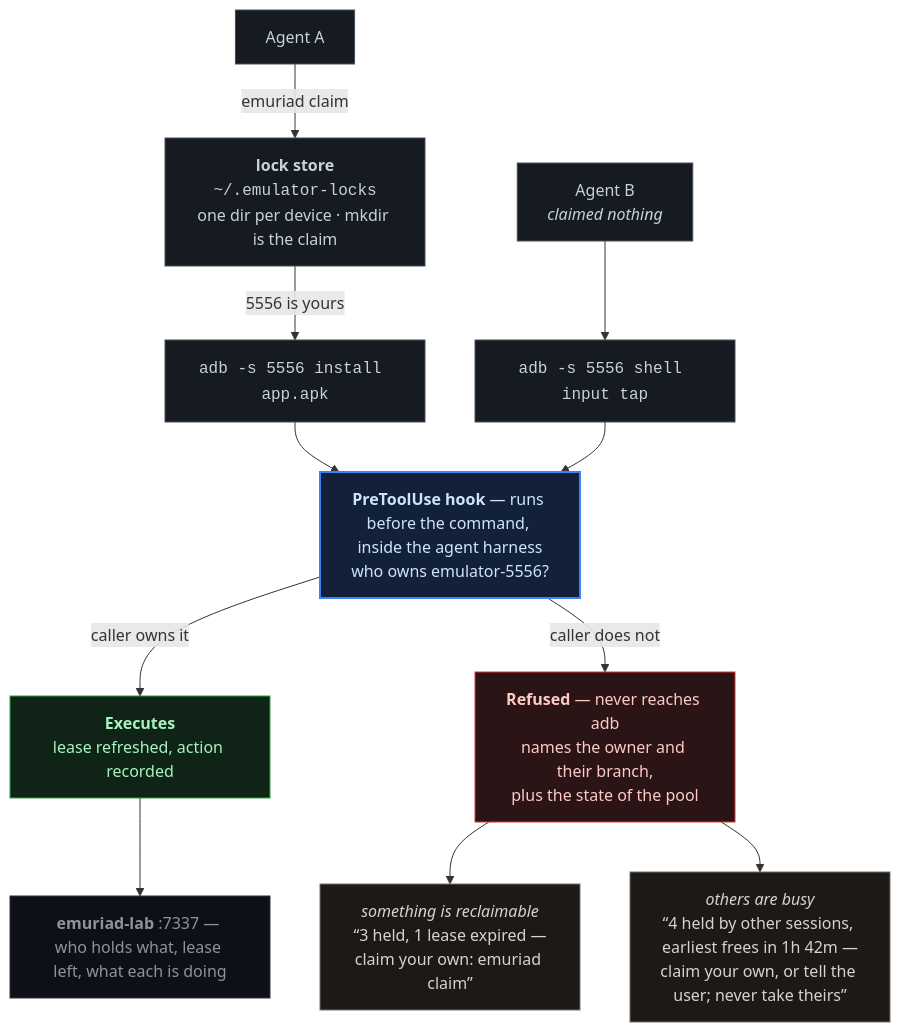
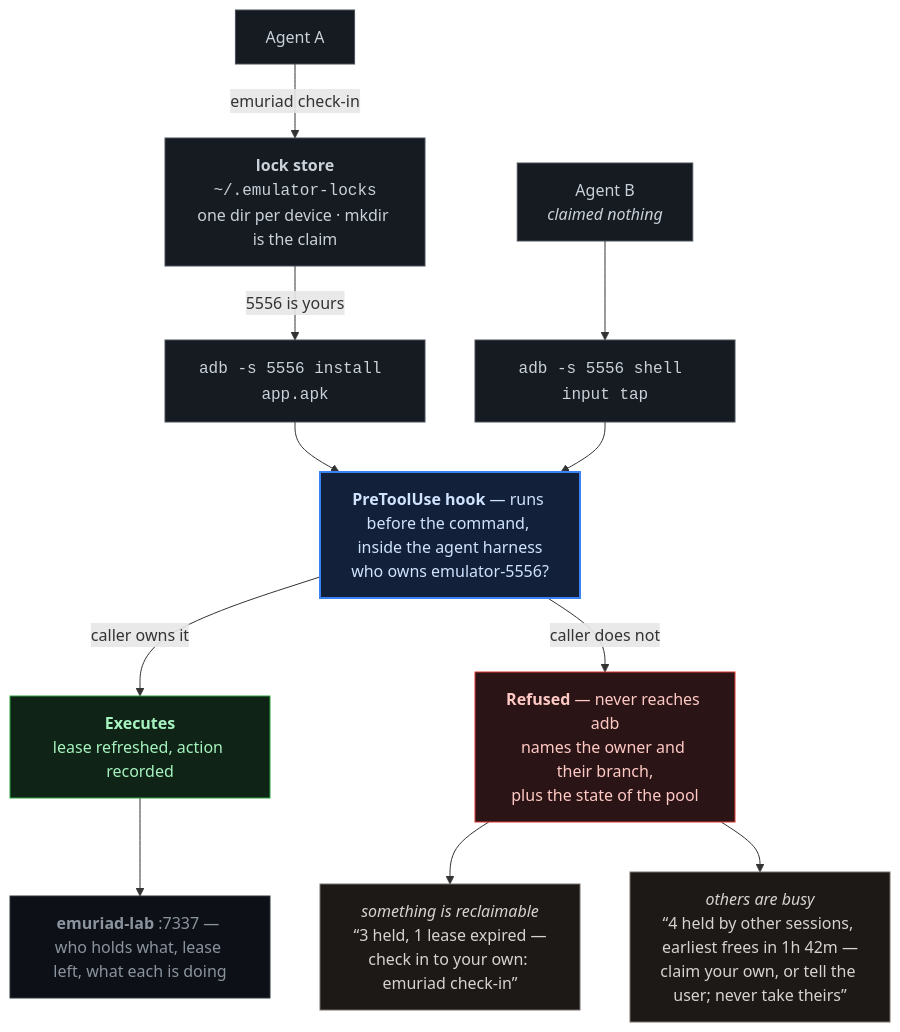
Before and after one commit to BoukhariAyoub/emulock: the diagram in README.md, drawn with Mermaid. The commit also changed other lines of this file and 11 other files, not shown here.

First line of the commit message:
Check in and check out: hotel names for claim and release

````diff
--- a/README.md
+++ b/README.md
@@ -50,33 +50,33 @@
 ```mermaid
 flowchart TB
-    A["Agent A"] -->|"emuriad claim"| LS["<b>lock store</b><br/><code>~/.emulator-locks</code><br/>one dir per device · mkdir is the claim"]
+    A["Agent A"] -->|"emuriad check-in"| LS["<b>lock store</b><br/><code>~/.emulator-locks</code><br/>one dir per device · mkdir is the claim"]
     B["Agent B<br/><i>claimed nothing</i>"] --> CB
 
     LS -->|"5556 is yours"| CA["<code>adb -s 5556 install app.apk</code>"]
     CB["<code>adb -s 5556 shell input tap</code>"]
 
     CA --> HOOK
     CB --> HOOK
     HOOK["<b>PreToolUse hook</b> — runs before the command, inside the agent harness<br/>who owns emulator-5556?"]
 
     HOOK -->|"caller owns it"| OK["<b>Executes</b><br/>lease refreshed, action recorded"]
     HOOK -->|"caller does not"| NO["<b>Refused</b> — never reaches adb<br/>names the owner and their branch,<br/>plus the state of the pool"]
 
-    NO --> FREE["<i>something is reclaimable</i><br/>“3 held, 1 lease expired —<br/>claim your own: emuriad claim”"]
+    NO --> FREE["<i>something is reclaimable</i><br/>“3 held, 1 lease expired —<br/>check in to your own: emuriad check-in”"]
     NO --> BUSY["<i>others are busy</i><br/>“4 held by other sessions, earliest frees in 1h 42m —<br/>claim your own, or tell the user; never take theirs”"]
 
     OK --> LAB["<b>emuriad-lab</b> :7337 — who holds what, lease left, what each is doing"]
 
     classDef n fill:#161b22,stroke:#484f58,color:#c9d1d9
     classDef h fill:#12203a,stroke:#3b82f6,color:#cfe3ff,stroke-width:2px
     classDef p fill:#0f2417,stroke:#2ea043,color:#a7f3c0
     classDef d fill:#2a1416,stroke:#da3633,color:#ffc9c4
     classDef o fill:#1c1917,stroke:#78716c,color:#d6d3d1
     classDef q fill:#0d1117,stroke:#30363d,color:#8b949e
     class A,B,LS,CA,CB n
     class HOOK h
     class OK p
     class NO d
     class FREE,BUSY o
     class LAB q
 ```
````
